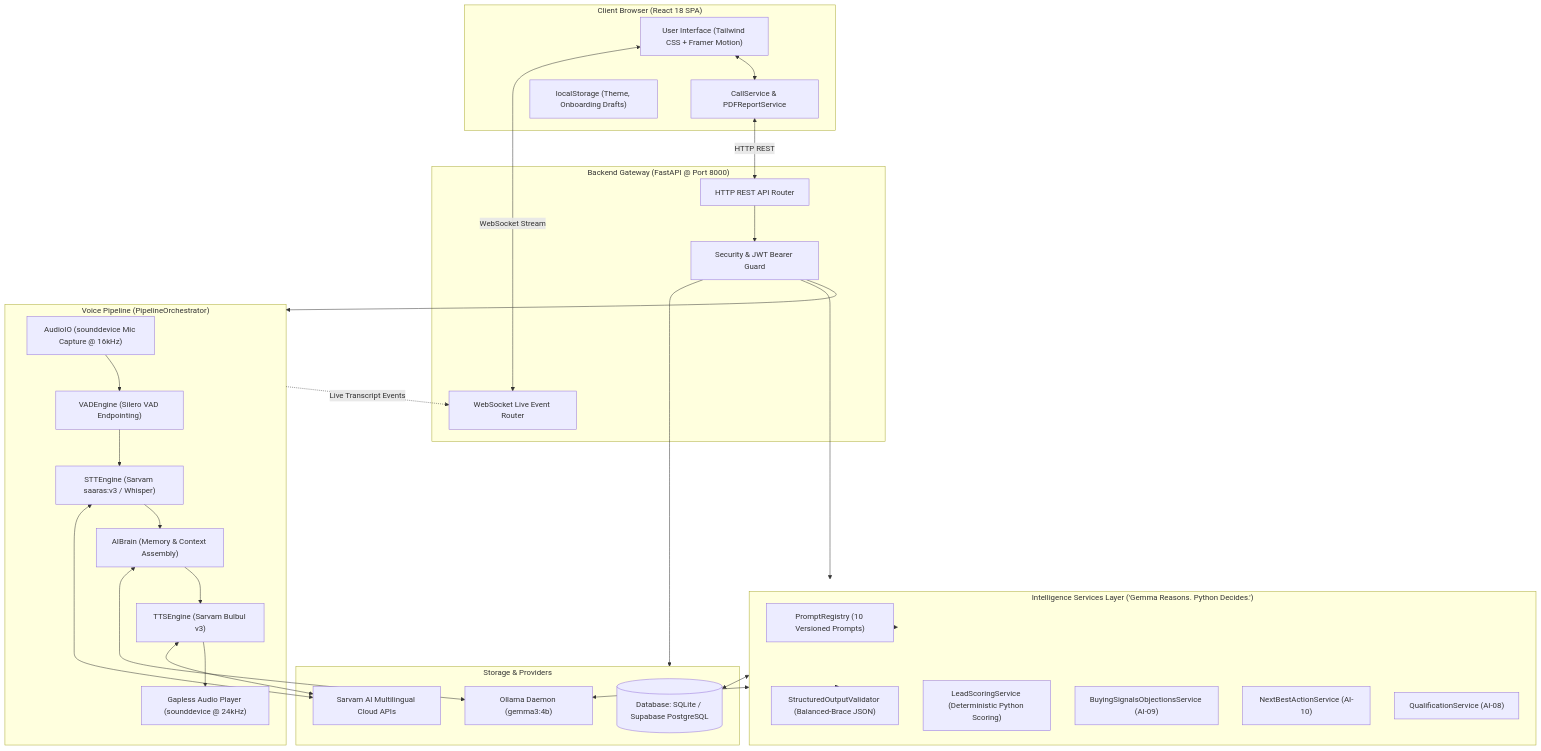
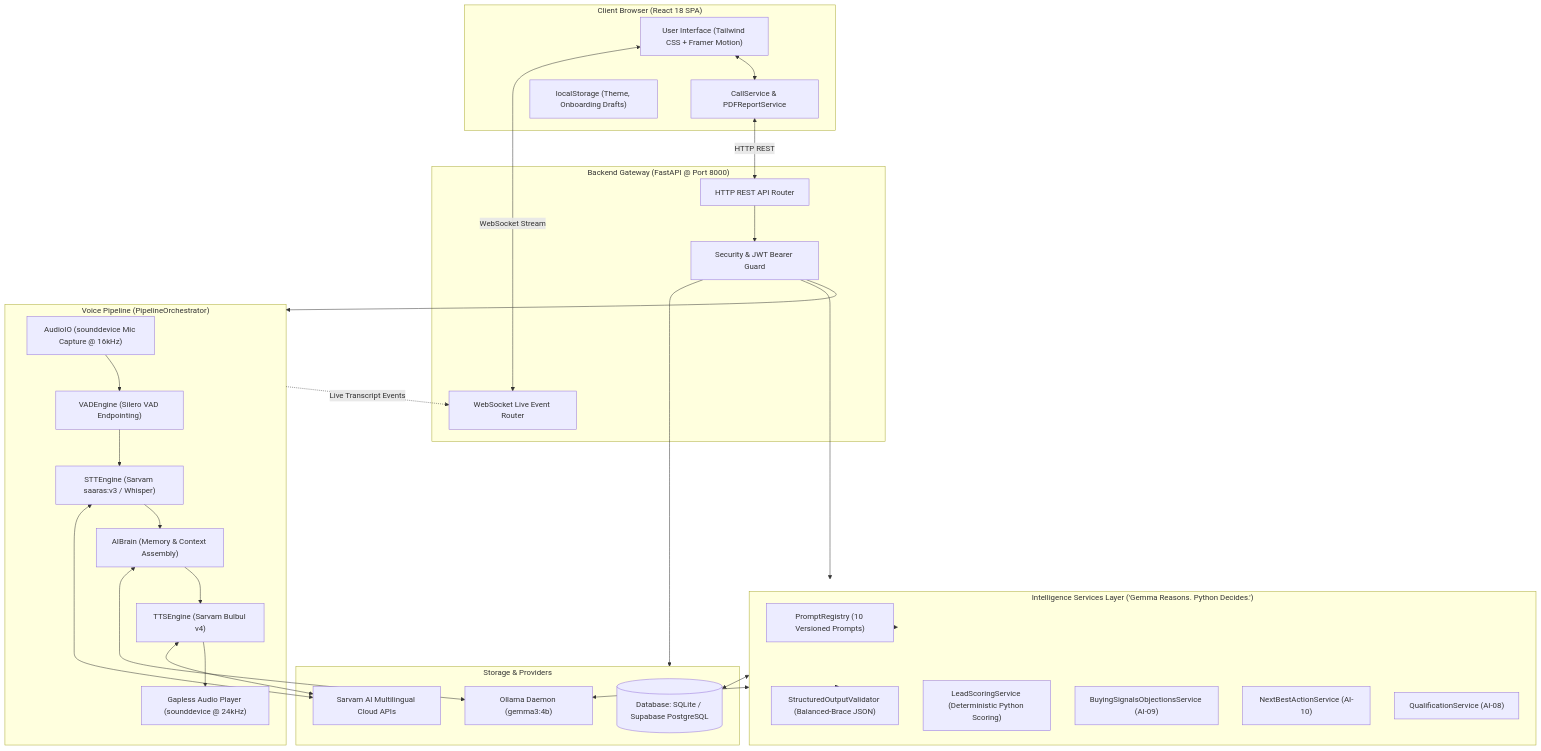
One commit to Megh-Rana/ai_sales_agent changed the third of 7 diagrams in PROJECT_TECHNICAL_DOCUMENTATION.md. Above: the diagram before and after it, drawn with Mermaid. The commit also changed other lines of this file and 10 other files, not shown here.

Commit message:
feat(tts): integrate Sarvam Bulbul v4 with persona mapping and offline fallback

````diff
--- a/PROJECT_TECHNICAL_DOCUMENTATION.md
+++ b/PROJECT_TECHNICAL_DOCUMENTATION.md
@@ -1064,59 +1064,59 @@
 ```mermaid
 flowchart TD
     subgraph CLIENT_BROWSER["Client Browser (React 18 SPA)"]
         UI["User Interface (Tailwind CSS + Framer Motion)"]
         CLIENT_SERVICES["CallService & PDFReportService"]
         LOCAL_STORAGE["localStorage (Theme, Onboarding Drafts)"]
     end
 
     subgraph BACKEND_GATEWAY["Backend Gateway (FastAPI @ Port 8000)"]
         HTTP_ROUTER["HTTP REST API Router"]
         WS_ROUTER["WebSocket Live Event Router"]
         AUTH_GUARD["Security & JWT Bearer Guard"]
     end
 
     subgraph VOICE_CORE["Voice Pipeline (PipelineOrchestrator)"]
         AUDIO_IN["AudioIO (sounddevice Mic Capture @ 16kHz)"]
         VAD_ENGINE["VADEngine (Silero VAD Endpointing)"]
         STT_ENGINE["STTEngine (Sarvam saaras:v3 / Whisper)"]
         BRAIN_ENGINE["AIBrain (Memory & Context Assembly)"]
-        TTS_ENGINE["TTSEngine (Sarvam Bulbul v3)"]
+        TTS_ENGINE["TTSEngine (Sarvam Bulbul v4)"]
         AUDIO_OUT["Gapless Audio Player (sounddevice @ 24kHz)"]
     end
 
     subgraph AI_SERVICES_LAYER["Intelligence Services Layer ('Gemma Reasons. Python Decides.')"]
         PROMPT_REGISTRY["PromptRegistry (10 Versioned Prompts)"]
         PARSER["StructuredOutputValidator (Balanced-Brace JSON)"]
         LEAD_SCORING["LeadScoringService (Deterministic Python Scoring)"]
         BUYING_SIGNALS["BuyingSignalsObjectionsService (AI-09)"]
         NEXT_ACTION["NextBestActionService (AI-10)"]
         QUALIFICATION["QualificationService (AI-08)"]
     end
 
     subgraph STORAGE_LAYER["Storage & Providers"]
         SQL_DB[(Database: SQLite / Supabase PostgreSQL)]
         OLLAMA_SRV["Ollama Daemon (gemma3:4b)"]
         SARVAM_API["Sarvam AI Multilingual Cloud APIs"]
     end
 
     UI <--> CLIENT_SERVICES
     CLIENT_SERVICES <-->|HTTP REST| HTTP_ROUTER
     UI <-->|WebSocket Stream| WS_ROUTER
     HTTP_ROUTER --> AUTH_GUARD
 
     AUTH_GUARD --> VOICE_CORE
     AUTH_GUARD --> AI_SERVICES_LAYER
     AUTH_GUARD --> STORAGE_LAYER
 
     AUDIO_IN --> VAD_ENGINE --> STT_ENGINE --> BRAIN_ENGINE --> TTS_ENGINE --> AUDIO_OUT
     BRAIN_ENGINE <--> OLLAMA_SRV
     STT_ENGINE <--> SARVAM_API
     TTS_ENGINE <--> SARVAM_API
 
     VOICE_CORE -.->|Live Transcript Events| WS_ROUTER
 
     AI_SERVICES_LAYER --> PROMPT_REGISTRY
     AI_SERVICES_LAYER --> PARSER
     AI_SERVICES_LAYER <--> OLLAMA_SRV
     AI_SERVICES_LAYER <--> SQL_DB
 ```
````
